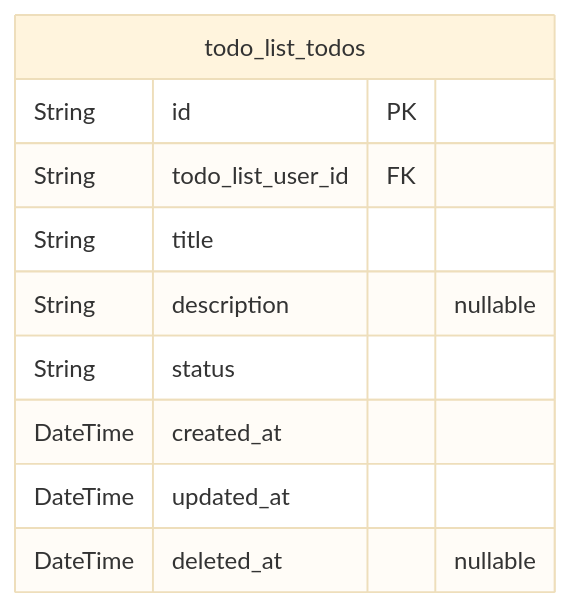
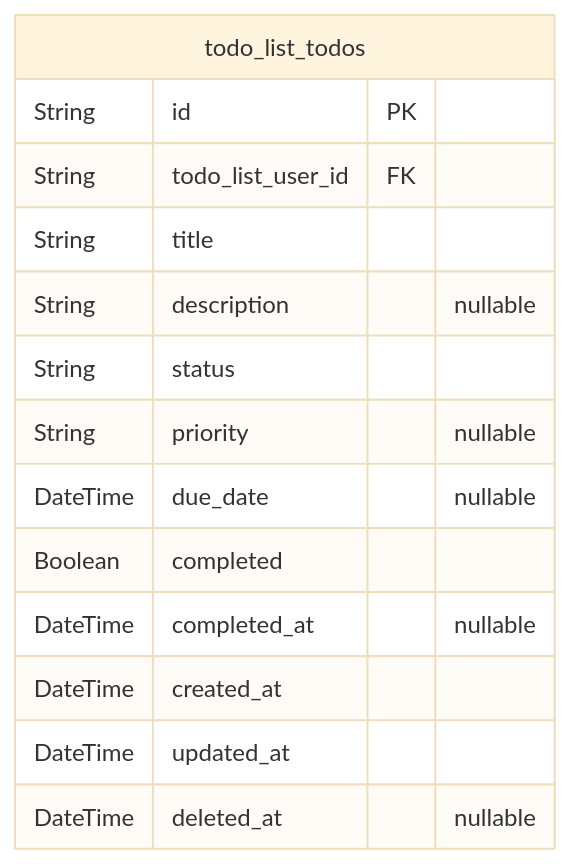
Before and after one commit to wrtnlabs/autobe-examples: the second of 2 diagrams in anthropic/claude-sonnet-4.5/todo/docs/ERD.md, drawn with Mermaid (base theme). The commit also changed other lines of this file and 22498 other files, not shown here.

````diff
--- a/anthropic/claude-sonnet-4.5/todo/docs/ERD.md
+++ b/anthropic/claude-sonnet-4.5/todo/docs/ERD.md
@@ -145,13 +322,17 @@
 ```mermaid
 erDiagram
 "todo_list_todos" {
   String id PK
   String todo_list_user_id FK
   String title
   String description "nullable"
   String status
+  String priority "nullable"
+  DateTime due_date "nullable"
+  Boolean completed
+  DateTime completed_at "nullable"
   DateTime created_at
   DateTime updated_at
   DateTime deleted_at "nullable"
 }
 ```
````
